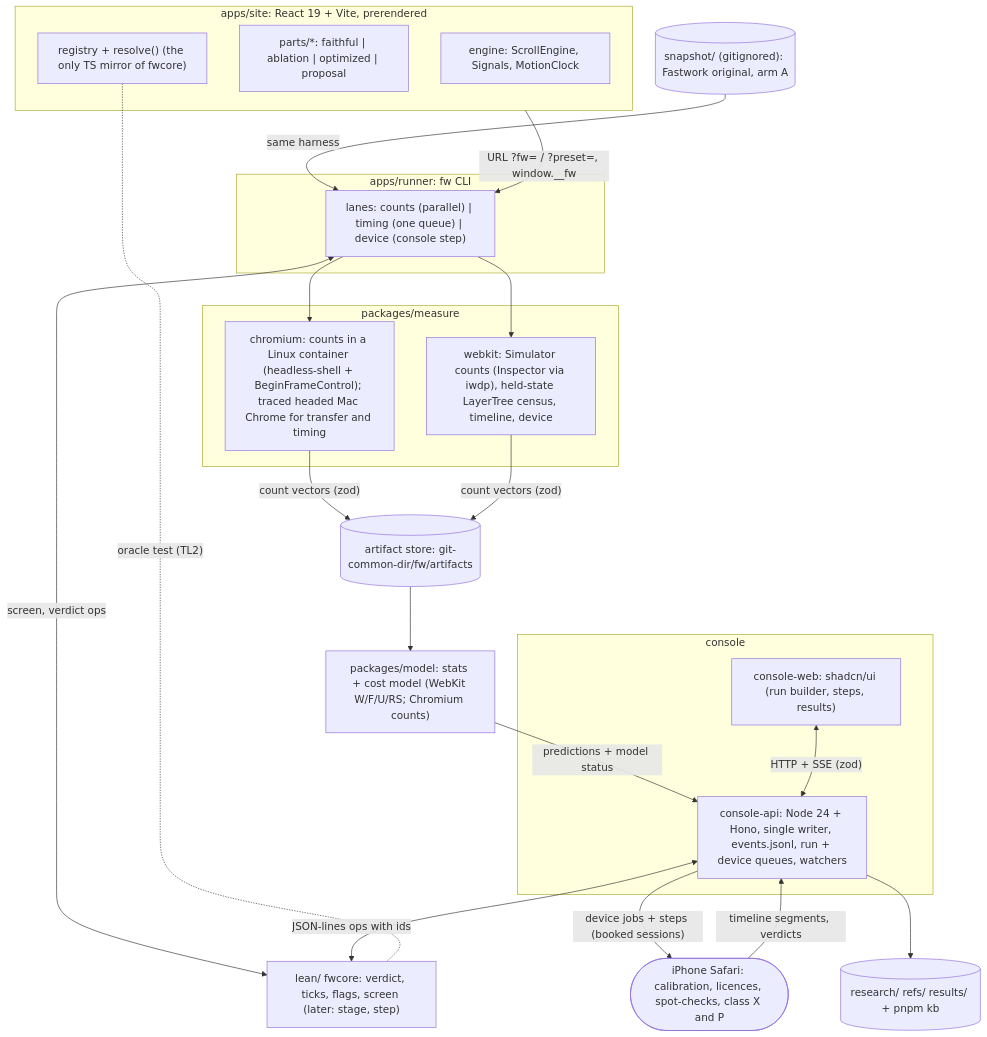
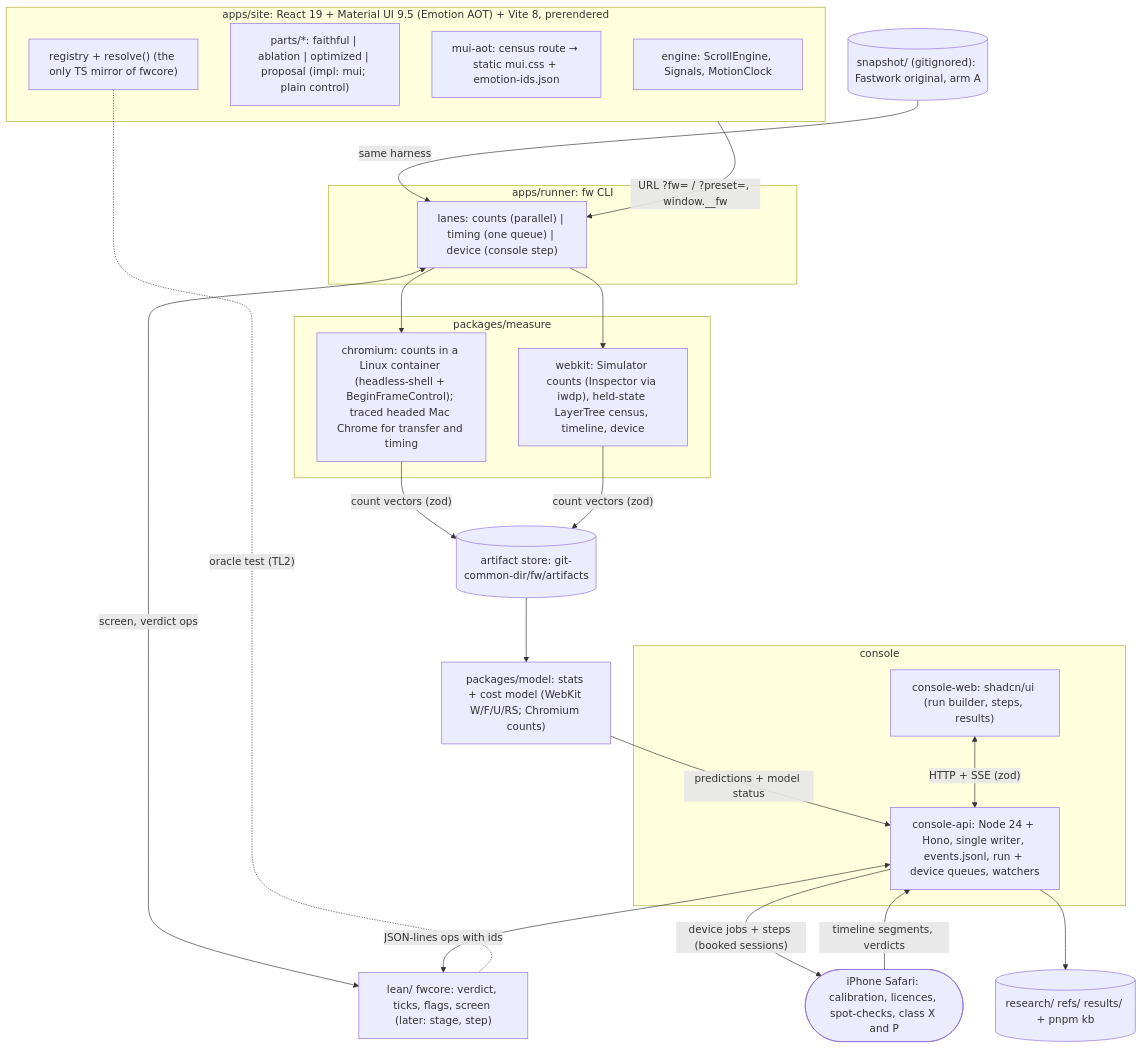
One commit to kitimark/lean-loop-engineer-the-fastwork-web-optimize changed the diagram in docs/plan/PLAN.md. Above: the diagram before and after it, drawn with Mermaid. The commit also changed other lines of this file and 5 other files, not shown here.

First line of the commit message:
plan: revision 4 - MUI everywhere with static-at-scroll-time styling (Emotion AOT primary, Pigment as measured arm), Lean installed, private repo, looser budget

````diff
--- a/docs/plan/PLAN.md
+++ b/docs/plan/PLAN.md
@@ -209,41 +218,42 @@
 ```mermaid
 flowchart TB
-  subgraph SITE["apps/site: React 19 + Vite, prerendered"]
+  subgraph SITE["apps/site: React 19 + Material UI 9.5 (Emotion AOT) + Vite 8, prerendered"]
     ENG["engine: ScrollEngine, Signals, MotionClock"]
-    PARTS["parts/*: faithful | ablation | optimized | proposal"]
+    PARTS["parts/*: faithful | ablation | optimized | proposal (impl: mui; plain control)"]
+    AOT["mui-aot: census route → static mui.css + emotion-ids.json"]
     RES["registry + resolve() (the only TS mirror of fwcore)"]
   end
   SNAP[("snapshot/ (gitignored): Fastwork original, arm A")]
   subgraph RUN["apps/runner: fw CLI"]
     LANES["lanes: counts (parallel) | timing (one queue) | device (console step)"]
   end
   subgraph MEAS["packages/measure"]
     CR["chromium: counts in a Linux container (headless-shell + BeginFrameControl); traced headed Mac Chrome for transfer and timing"]
     WK["webkit: Simulator counts (Inspector via iwdp), held-state LayerTree census, timeline, device"]
   end
   AS[("artifact store: git-common-dir/fw/artifacts")]
   CM["packages/model: stats + cost model (WebKit W/F/U/RS; Chromium counts)"]
   FW["lean/ fwcore: verdict, ticks, flags, screen (later: stage, step)"]
   subgraph CON["console"]
     WEB["console-web: shadcn/ui (run builder, steps, results)"]
     API["console-api: Node 24 + Hono, single writer, events.jsonl, run + device queues, watchers"]
   end
   KB[("research/ refs/ results/ + pnpm kb")]
   PHONE(["iPhone Safari: calibration, licences, spot-checks, class X and P"])
 
   SITE -- "URL ?fw= / ?preset=, window.__fw" --> LANES
   SNAP -- "same harness" --> LANES
   LANES --> CR
   LANES --> WK
   CR -- "count vectors (zod)" --> AS
   WK -- "count vectors (zod)" --> AS
   AS --> CM
   CM -- "predictions + model status" --> API
   LANES <-- "screen, verdict ops" --> FW
   API <-- "JSON-lines ops with ids" --> FW
   WEB <-- "HTTP + SSE (zod)" --> API
   API -- "device jobs + steps (booked sessions)" --> PHONE
   PHONE -- "timeline segments, verdicts" --> API
   API --> KB
   RES -. "oracle test (TL2)" .- FW
 ```
````
